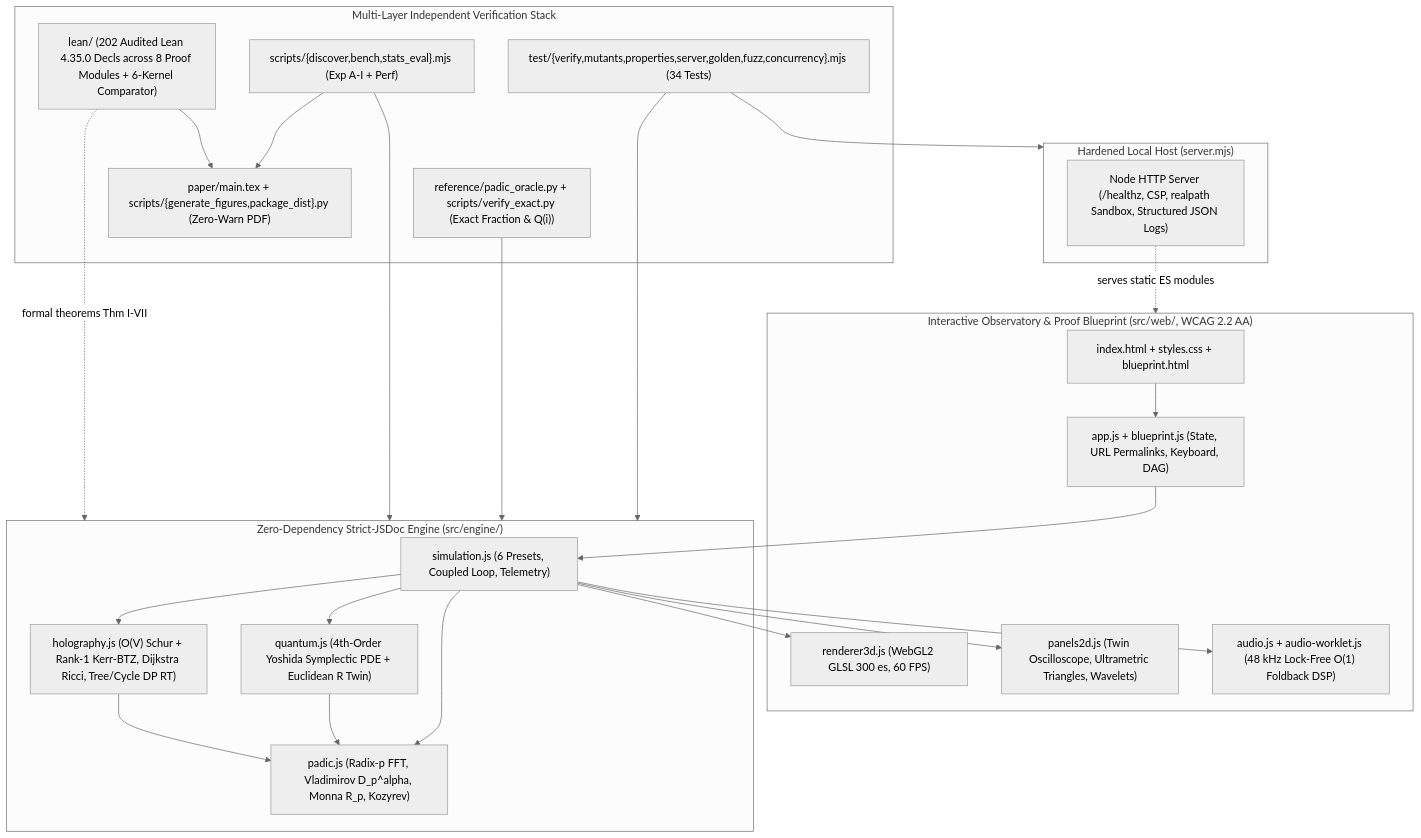
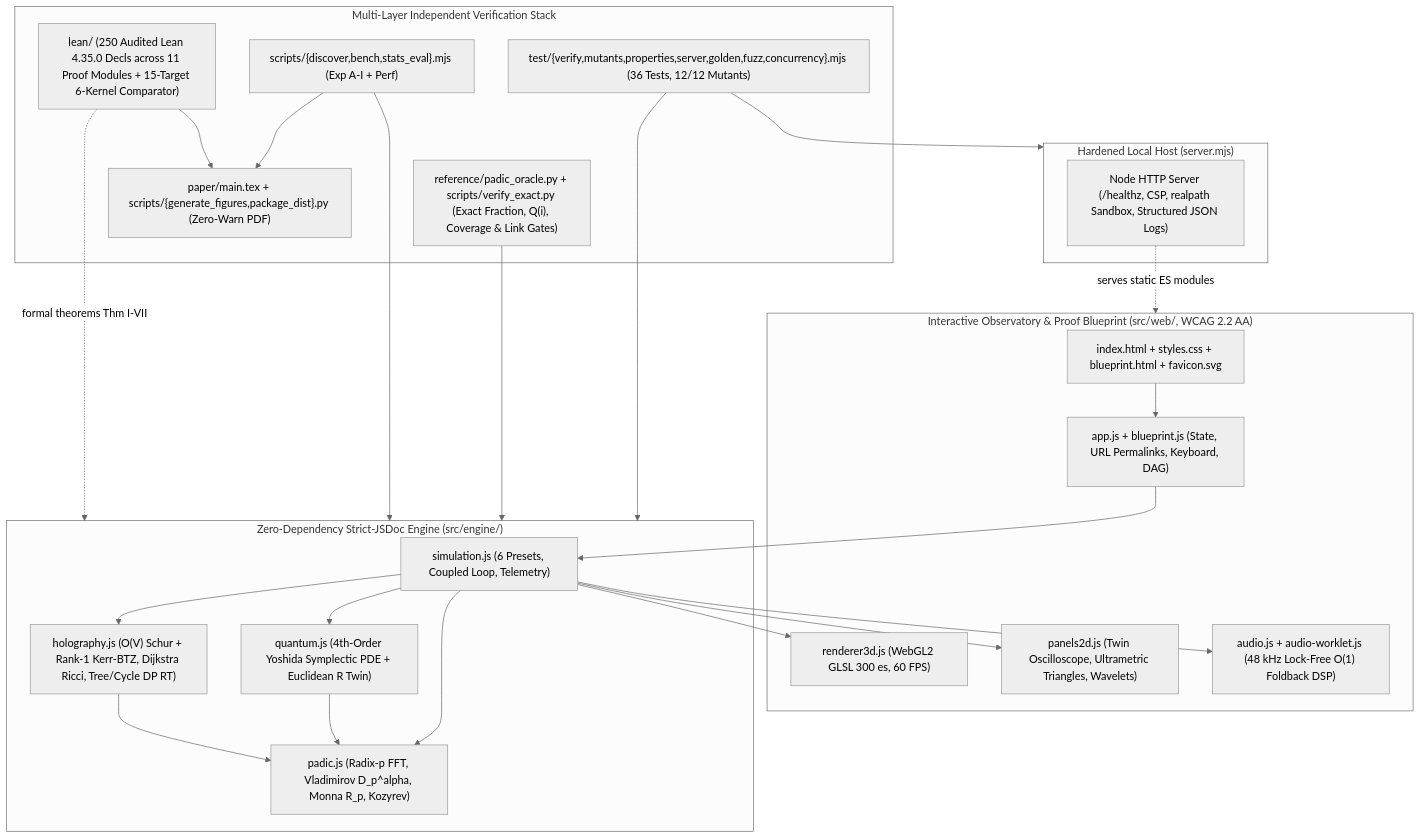
The diagram in docs/architecture.md (0thernes/ultrametrica), drawn with Mermaid (neutral theme) before and after one commit. The commit also changed other lines of this file and 84 other files, not shown here.

Commit message:
release(v1.8.0): close full-graph BTZ, operator doublets & bulk T>0 in Lean (250/250, 100% coverage), favicon 404 fix, 7 UI/Audio fixes, 12/12 mutants & Node-24 CI

````diff
--- a/docs/architecture.md
+++ b/docs/architecture.md
@@ -7,48 +7,48 @@
 ```mermaid
 flowchart TD
     subgraph UI["Interactive Observatory & Proof Blueprint (src/web/, WCAG 2.2 AA)"]
-        HTML["index.html + styles.css + blueprint.html"]
+        HTML["index.html + styles.css + blueprint.html + favicon.svg"]
         APP["app.js + blueprint.js (State, URL Permalinks, Keyboard, DAG)"]
         GL["renderer3d.js (WebGL2 GLSL 300 es, 60 FPS)"]
         P2D["panels2d.js (Twin Oscilloscope, Ultrametric Triangles, Wavelets)"]
         AUD["audio.js + audio-worklet.js (48 kHz Lock-Free O(1) Foldback DSP)"]
     end
 
     subgraph ENGINE["Zero-Dependency Strict-JSDoc Engine (src/engine/)"]
         SIM["simulation.js (6 Presets, Coupled Loop, Telemetry)"]
         PAD["padic.js (Radix-p FFT, Vladimirov D_p^alpha, Monna R_p, Kozyrev)"]
         QTM["quantum.js (4th-Order Yoshida Symplectic PDE + Euclidean R Twin)"]
         HOL["holography.js (O(V) Schur + Rank-1 Kerr-BTZ, Dijkstra Ricci, Tree/Cycle DP RT)"]
     end
 
     subgraph SERVER["Hardened Local Host (server.mjs)"]
         HTTP["Node HTTP Server (/healthz, CSP, realpath Sandbox, Structured JSON Logs)"]
     end
 
     subgraph VERIFY["Multi-Layer Independent Verification Stack"]
-        NODE["test/{verify,mutants,properties,server,golden,fuzz,concurrency}.mjs (34 Tests)"]
-        PY["reference/padic_oracle.py + scripts/verify_exact.py (Exact Fraction & Q(i))"]
+        NODE["test/{verify,mutants,properties,server,golden,fuzz,concurrency}.mjs (36 Tests, 12/12 Mutants)"]
+        PY["reference/padic_oracle.py + scripts/verify_exact.py (Exact Fraction, Q(i), Coverage & Link Gates)"]
         STATS["scripts/{discover,bench,stats_eval}.mjs (Exp A-I + Perf)"]
-        LEAN["lean/ (202 Audited Lean 4.35.0 Decls across 8 Proof Modules + 6-Kernel Comparator)"]
+        LEAN["lean/ (250 Audited Lean 4.35.0 Decls across 11 Proof Modules + 15-Target 6-Kernel Comparator)"]
         PAPER["paper/main.tex + scripts/{generate_figures,package_dist}.py (Zero-Warn PDF)"]
     end
 
     HTML --> APP
     APP --> SIM
     SIM --> PAD
     SIM --> QTM
     SIM --> HOL
     QTM --> PAD
     HOL --> PAD
     SIM --> GL
     SIM --> P2D
     SIM --> AUD
     HTTP -.->|serves static ES modules| UI
     NODE --> ENGINE
     NODE --> SERVER
     PY --> ENGINE
     STATS --> ENGINE
     LEAN -.->|formal theorems Thm I-VII| ENGINE
     STATS --> PAPER
     LEAN --> PAPER
 ```
````
